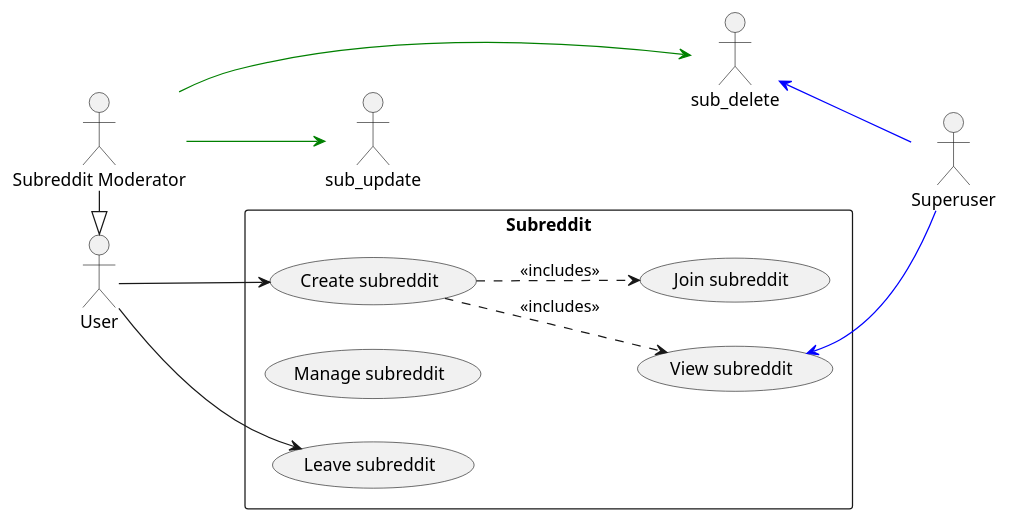
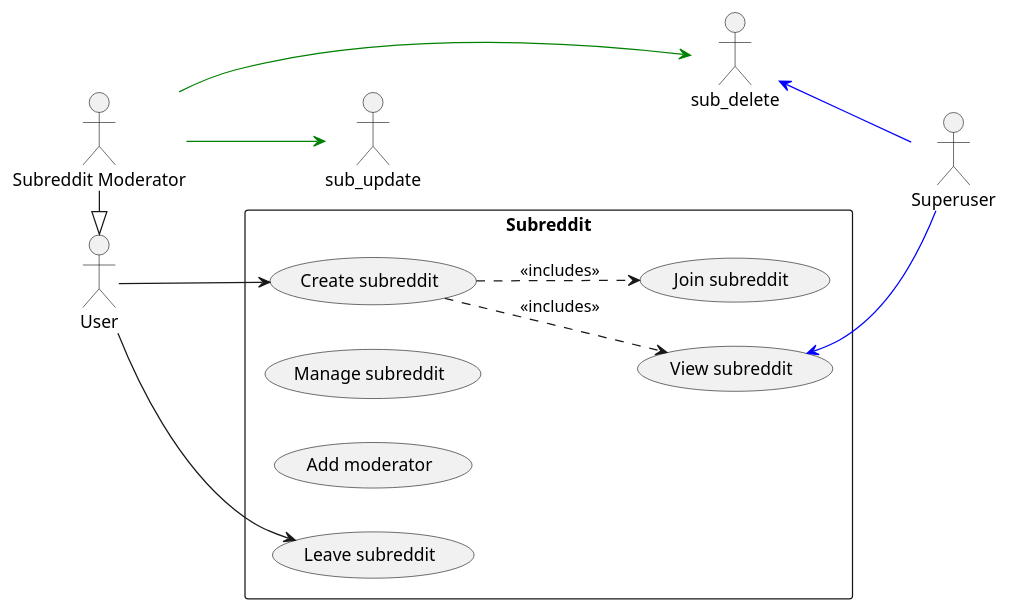
Before and after one commit to Huy-Ngo/reddit-design: the diagram in use_case_subreddit.puml, drawn with PlantUML.

Commit message:
Add use case for adding moderator

```diff
--- a/use_case_subreddit.puml
+++ b/use_case_subreddit.puml
@@ -1,30 +1,31 @@
 @startuml
 skinparam packageStyle rectangle
 left to right direction
 actor "User" as user
 actor "Subreddit Moderator" as mod
 actor "Superuser" as su
 mod -|> user
 
 rectangle Subreddit as sub {
   usecase "Create subreddit" as sub_create
   usecase "View subreddit" as sub_read
   usecase "Manage subreddit" as sub_manage
+  usecase "Add moderator" as sub_add_mod
 
   usecase "Join subreddit" as sub_join
   usecase "Leave subreddit" as sub_leave
 }
 
 user --> sub_create
 user --> sub_leave
 
 mod -[#green]-> sub_delete
 mod -[#green]-> sub_update
 
 sub_read    <-[#blue]- su
 sub_delete  <-[#blue]- su
 
 sub_create ..> sub_read : <<includes>>
 sub_create ..> sub_join : <<includes>>
 
 @enduml
```
